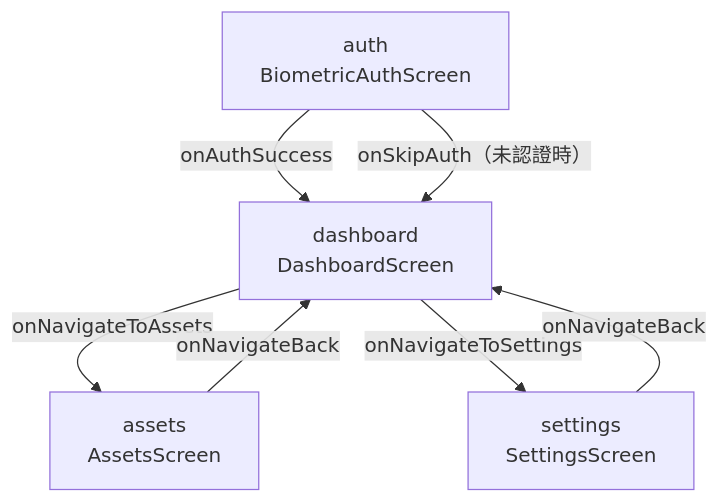
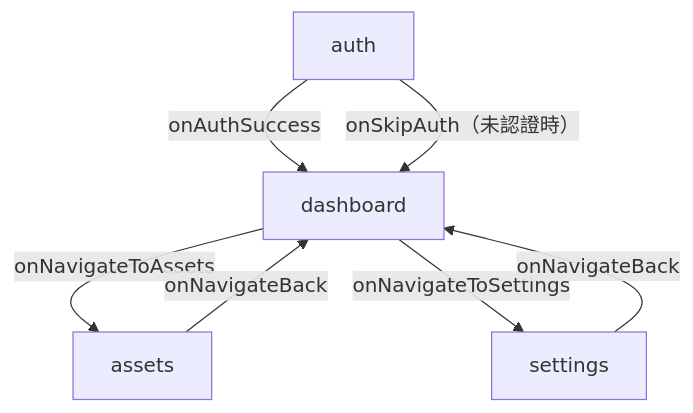
Before and after one commit to kuoyaoming/Wealth-Manager: the fourth of 4 diagrams in README_zh.md, drawn with Mermaid. The commit also changed other lines of this file and 1 other file, not shown here.

First line of the commit message:
Refactor README diagrams for improved clarity and consistency

````diff
--- a/README_zh.md
+++ b/README_zh.md
@@ -259,9 +259,9 @@
 ```mermaid
 flowchart TD
-  A[auth\nBiometricAuthScreen] -->|onAuthSuccess| B[dashboard\nDashboardScreen]
+  A[auth] -->|onAuthSuccess| B[dashboard]
   A -->|onSkipAuth（未認證時）| B
-  B -->|onNavigateToAssets| C[assets\nAssetsScreen]
-  B -->|onNavigateToSettings| D[settings\nSettingsScreen]
+  B -->|onNavigateToAssets| C[assets]
+  B -->|onNavigateToSettings| D[settings]
   C -->|onNavigateBack| B
   D -->|onNavigateBack| B
 ```
````
